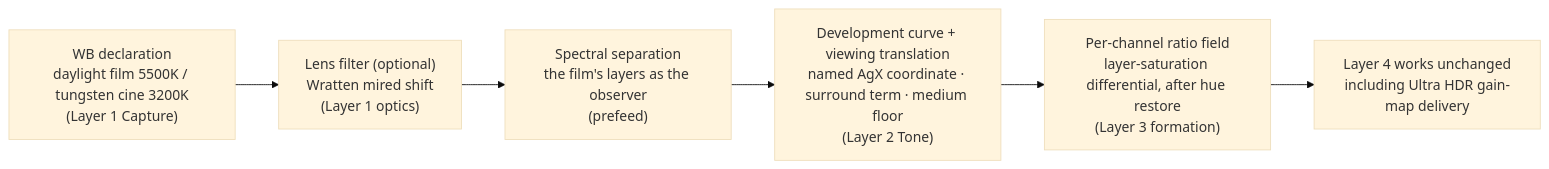
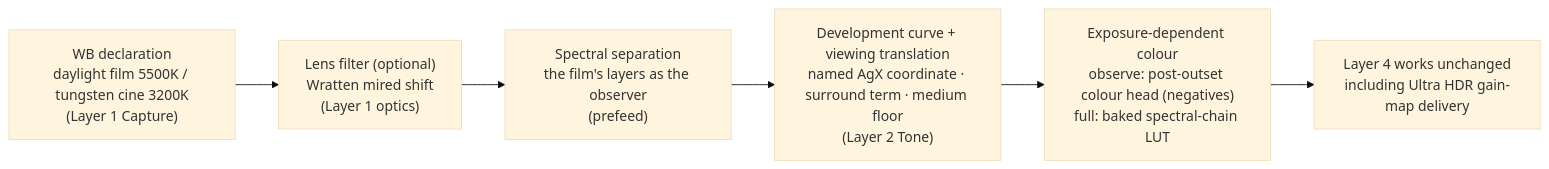
One commit to Gen-416/AgXRAW changed the third of 3 diagrams in docs/ARCHITECTURE.md. Above: the diagram before and after it, drawn with Mermaid (base theme). The commit also changed other lines of this file and 63 other files, not shown here.

````diff
--- a/docs/ARCHITECTURE.md
+++ b/docs/ARCHITECTURE.md
@@ -885,10 +884,10 @@
 ```mermaid
 flowchart LR
     D1["WB declaration<br/>daylight film 5500K / tungsten cine 3200K<br/>(Layer 1 Capture)"]
     D2["Lens filter (optional)<br/>Wratten mired shift<br/>(Layer 1 optics)"]
     D3["Spectral separation<br/>the film's layers as the observer<br/>(prefeed)"]
     D4["Development curve + viewing translation<br/>named AgX coordinate · surround term · medium floor<br/>(Layer 2 Tone)"]
-    D5["Per-channel ratio field<br/>layer-saturation differential, after hue restore<br/>(Layer 3 formation)"]
+    D5["Exposure-dependent colour<br/>observe: post-outset colour head (negatives)<br/>full: baked spectral-chain LUT"]
     D1 --> D2 --> D3 --> D4 --> D5
     D5 --> OUT["Layer 4 works unchanged<br/>including Ultra HDR gain-map delivery"]
 ```
````
